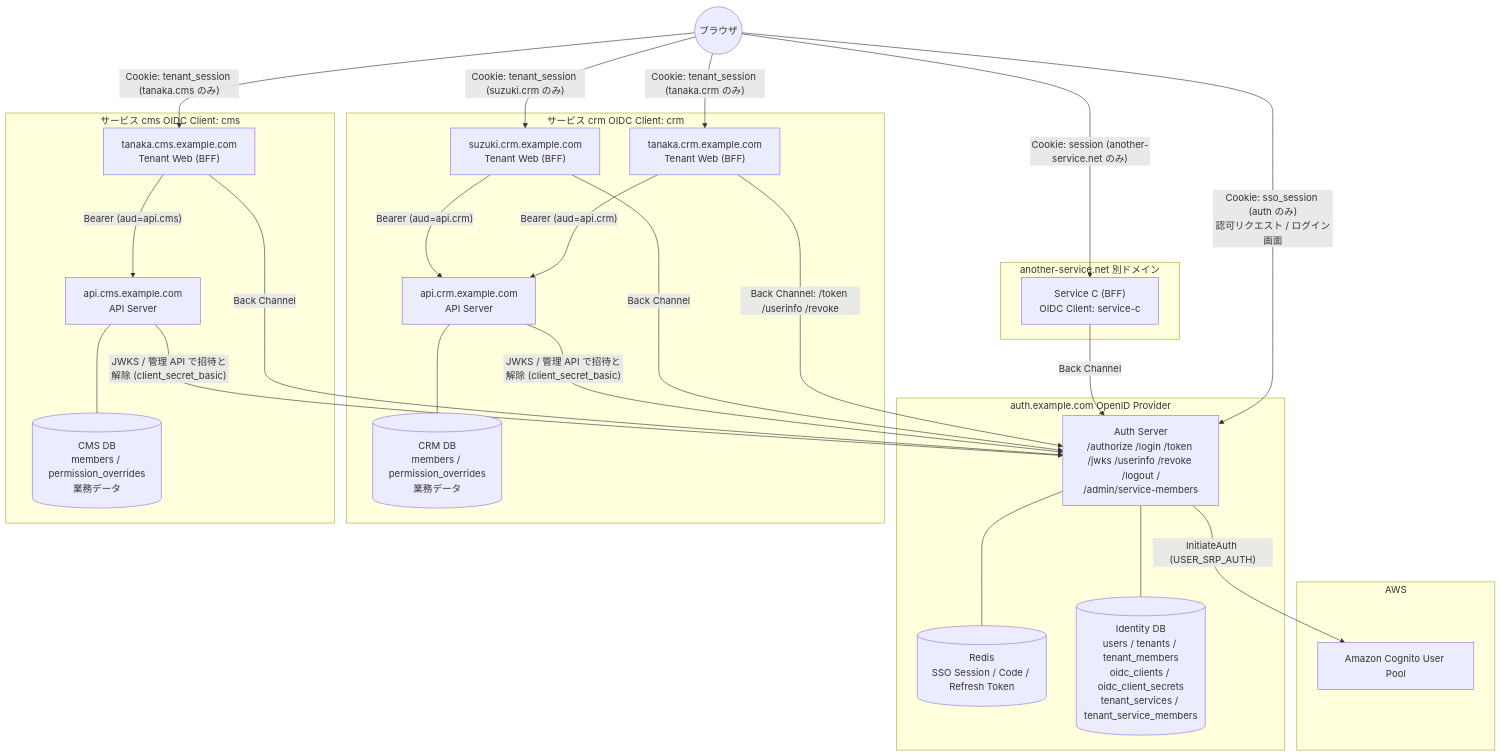
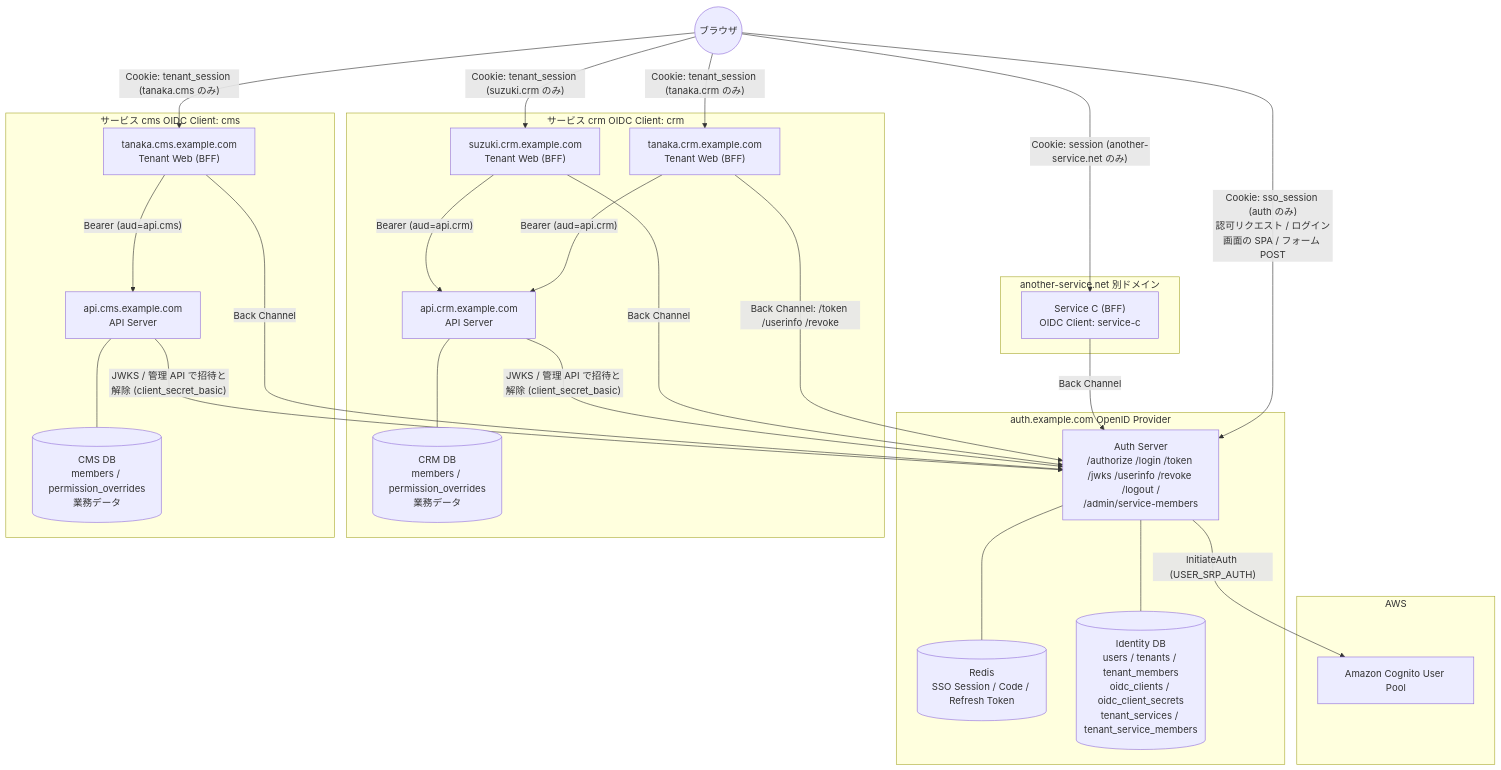
The first of 11 diagrams in docs/integration-guide.md (daisuke-tanabe/multi-domain-sandbox), drawn with Mermaid before and after one commit. The commit also changed other lines of this file and 41 other files, not shown here.

First line of the commit message:
feat: auth の画面を React Router v8 の SPA にする

````diff
--- a/docs/integration-guide.md
+++ b/docs/integration-guide.md
@@ -77,49 +77,49 @@
 ```mermaid
 flowchart TB
     User((ブラウザ))
 
     subgraph AWS
         Cognito["Amazon Cognito User Pool"]
     end
 
     subgraph AuthLayer ["auth.example.com  OpenID Provider"]
         Auth["Auth Server<br/>/authorize /login /token /jwks /userinfo /revoke /logout /<br/>/admin/service-members"]
         SsoStore[("Redis<br/>SSO Session / Code / Refresh Token")]
         IdDB[("Identity DB<br/>users / tenants / tenant_members<br/>oidc_clients / oidc_client_secrets<br/>tenant_services / tenant_service_members")]
         Auth --- SsoStore
         Auth --- IdDB
     end
 
     subgraph CRM ["サービス crm  OIDC Client: crm"]
         WebCrmA["tanaka.crm.example.com<br/>Tenant Web (BFF)"]
         WebCrmB["suzuki.crm.example.com<br/>Tenant Web (BFF)"]
         ApiCrm["api.crm.example.com<br/>API Server"]
         CrmDB[("CRM DB<br/>members / permission_overrides<br/>業務データ")]
     end
     subgraph CMS ["サービス cms  OIDC Client: cms"]
         WebCmsA["tanaka.cms.example.com<br/>Tenant Web (BFF)"]
         ApiCms["api.cms.example.com<br/>API Server"]
         CmsDB[("CMS DB<br/>members / permission_overrides<br/>業務データ")]
     end
     subgraph Other ["another-service.net  別ドメイン"]
         WebC["Service C (BFF)<br/>OIDC Client: service-c"]
     end
 
     User -- "Cookie: tenant_session (tanaka.crm のみ)" --> WebCrmA
     User -- "Cookie: tenant_session (suzuki.crm のみ)" --> WebCrmB
     User -- "Cookie: tenant_session (tanaka.cms のみ)" --> WebCmsA
     User -- "Cookie: session (another-service.net のみ)" --> WebC
-    User -- "Cookie: sso_session (auth のみ)<br/>認可リクエスト / ログイン画面" --> Auth
+    User -- "Cookie: sso_session (auth のみ)<br/>認可リクエスト / ログイン画面の SPA / フォーム POST" --> Auth
     Auth -- "InitiateAuth (USER_SRP_AUTH)" --> Cognito
     WebCrmA -- "Back Channel: /token /userinfo /revoke" --> Auth
     WebCrmB -- "Back Channel" --> Auth
     WebCmsA -- "Back Channel" --> Auth
     WebC -- "Back Channel" --> Auth
     WebCrmA -- "Bearer (aud=api.crm)" --> ApiCrm
     WebCrmB -- "Bearer (aud=api.crm)" --> ApiCrm
     WebCmsA -- "Bearer (aud=api.cms)" --> ApiCms
     ApiCrm --- CrmDB
     ApiCms --- CmsDB
     ApiCrm -- "JWKS / 管理 API で招待と解除 (client_secret_basic)" --> Auth
     ApiCms -- "JWKS / 管理 API で招待と解除 (client_secret_basic)" --> Auth
 ```
````
